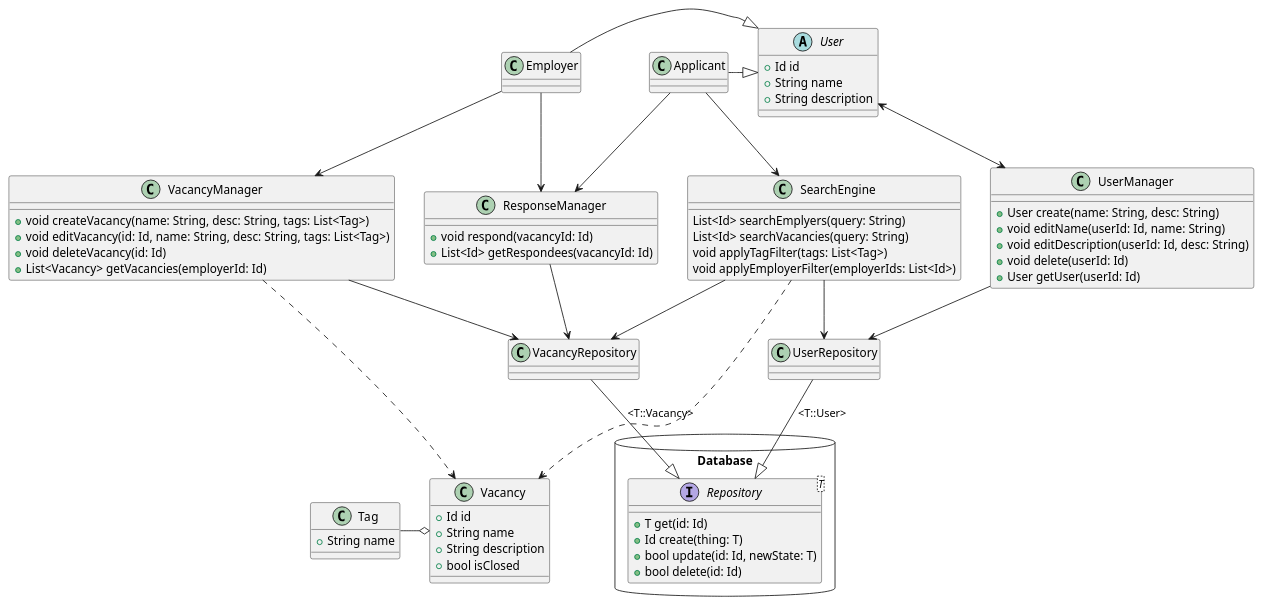
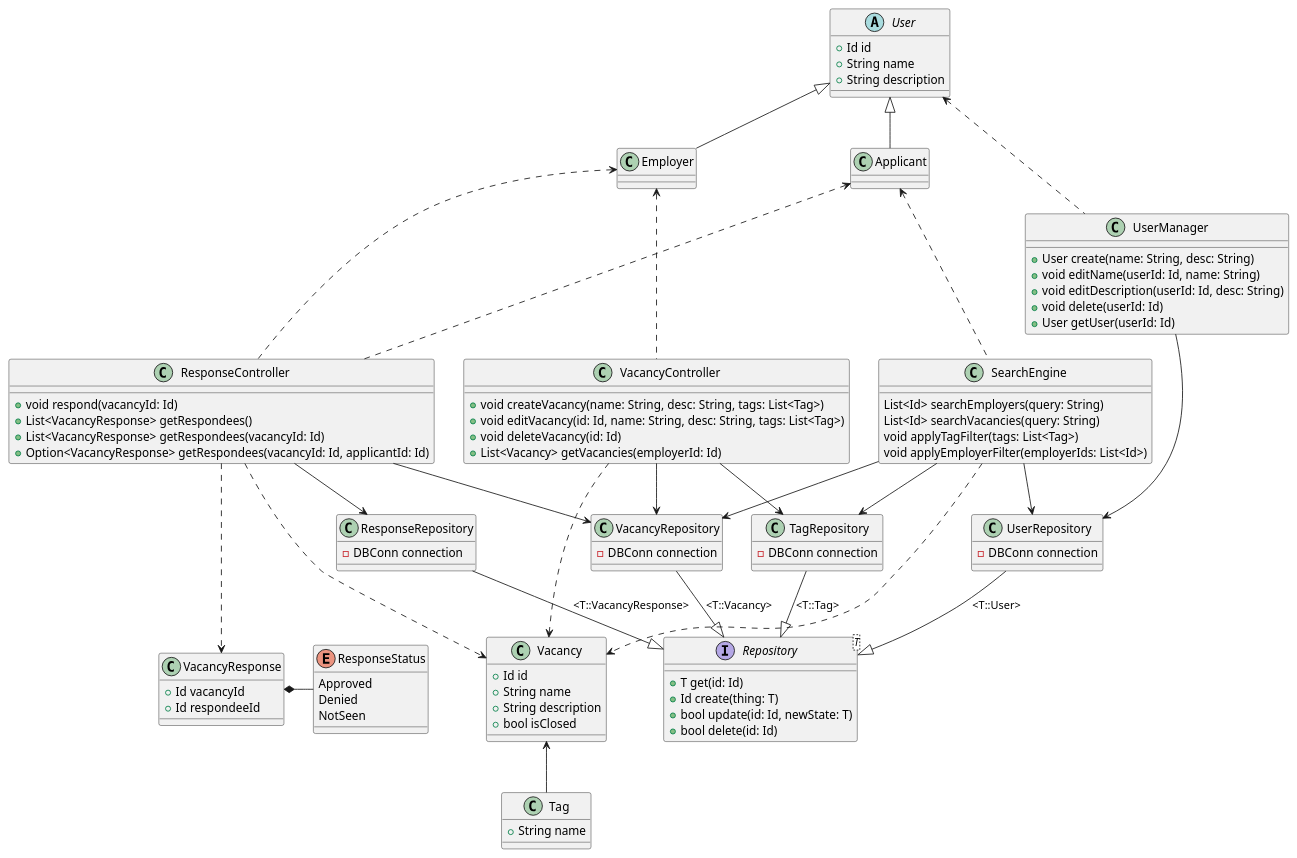
The diagram in uml/class.plantuml (gmatiukhin/system-modeling), drawn with PlantUML before and after one commit. The commit also changed 3 other files, not shown here.

Commit message:
better class and sequence diagrams

```diff
--- a/uml/class.plantuml
+++ b/uml/class.plantuml
@@ -1,87 +1,124 @@
 @startuml
 allowmixing
 
 abstract User {
   + Id id
   + String name
   + String description
 }
 
 class Applicant
 
 class Employer
 
 class UserManager {
   + User create(name: String, desc: String)
   + void editName(userId: Id, name: String)
   + void editDescription(userId: Id, desc: String)
   + void delete(userId: Id)
   + User getUser(userId: Id)
 }
 
-class VacancyManager {
+class VacancyController {
   + void createVacancy(name: String, desc: String, tags: List<Tag>)
   + void editVacancy(id: Id, name: String, desc: String, tags: List<Tag>)
   + void deleteVacancy(id: Id)
   + List<Vacancy> getVacancies(employerId: Id)
 }
 
-class ResponseManager {
+class ResponseController {
   + void respond(vacancyId: Id)
-  + List<Id> getRespondees(vacancyId: Id)
+  + List<VacancyResponse> getRespondees()
+  + List<VacancyResponse> getRespondees(vacancyId: Id)
+  + Option<VacancyResponse> getRespondees(vacancyId: Id, applicantId: Id)
 }
 
 class Vacancy {
   + Id id
   + String name
   + String description
   + bool isClosed
 }
 
+class VacancyResponse {
+  + Id vacancyId
+  + Id respondeeId
+}
+
+enum ResponseStatus {
+  Approved
+  Denied
+  NotSeen
+}
+
 class Tag {
   + String name
 }
 
 class SearchEngine {
-  List<Id> searchEmplyers(query: String)
+  List<Id> searchEmployers(query: String)
   List<Id> searchVacancies(query: String)
   void applyTagFilter(tags: List<Tag>)
   void applyEmployerFilter(employerIds: List<Id>)
 }
 
-package Database <<Database>> {
-  interface Repository<T> {
-    + T get(id: Id)
-    + Id create(thing: T)
-    + bool update(id: Id, newState: T)
-    + bool delete(id: Id)
-  }
+interface Repository<T> {
+  + T get(id: Id)
+  + Id create(thing: T)
+  + bool update(id: Id, newState: T)
+  + bool delete(id: Id)
 }
+
+class VacancyRepository {
+  - DBConn connection
+}
+
+class UserRepository {
+  - DBConn connection
+}
+
+class TagRepository {
+  - DBConn connection
+}
+
+class ResponseRepository {
+  - DBConn connection
+}
+
+User <|-- Employer
+User <|-- Applicant
+
+Employer <-. VacancyController
+Employer <-. ResponseController
+Applicant <-. SearchEngine
+Applicant <-. ResponseController
+
+User <-. UserManager
+
+Vacancy <-- Tag
+
+VacancyResponse *- ResponseStatus
 
 VacancyRepository --|> Repository:<T::Vacancy>
 UserRepository --|> Repository:<T::User>
+TagRepository --|> Repository:<T::Tag>
+ResponseRepository --|> Repository:<T::VacancyResponse>
 
 UserManager --> UserRepository
-VacancyManager --> VacancyRepository
+
+VacancyController --> VacancyRepository
+VacancyController --> TagRepository
+VacancyController -.-> Vacancy
+
 SearchEngine --> VacancyRepository
 SearchEngine --> UserRepository
-ResponseManager --> VacancyRepository
+SearchEngine --> TagRepository
 
-Employer -|> User
-Applicant -|> User
-
-User <--> UserManager
-
-Employer --> VacancyManager
-Tag -o Vacancy
-
-Applicant --> SearchEngine
-
-VacancyManager -.-> Vacancy
+ResponseController --> VacancyRepository
+ResponseController --> ResponseRepository
+ResponseController -.-> Vacancy
+ResponseController -.-> VacancyResponse
 
 SearchEngine -.-> Vacancy
 
-Applicant --> ResponseManager
-Employer --> ResponseManager
-
 @enduml
```
